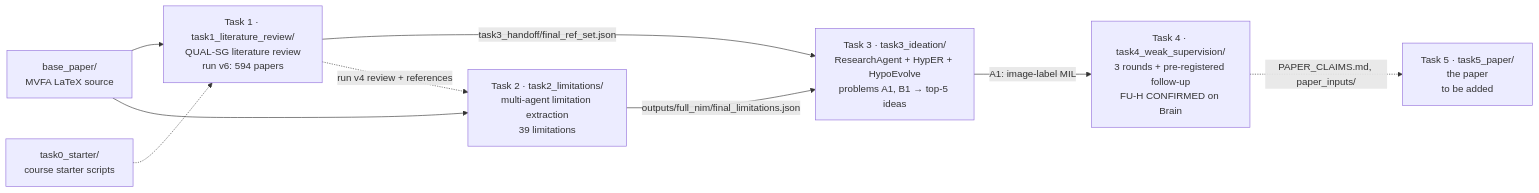
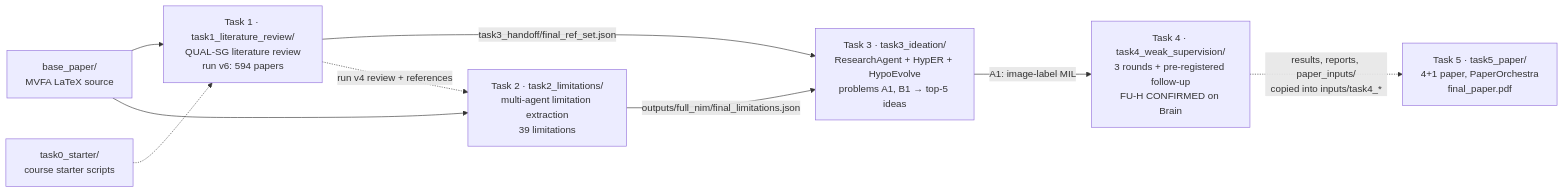
The diagram in README.md (Divyam10113/Intro-to-LLMs), drawn with Mermaid before and after one commit. The commit also changed other lines of this file and 10 other files, not shown here.

````diff
--- a/README.md
+++ b/README.md
@@ -7,12 +7,12 @@
 ```mermaid
 flowchart LR
     BP[base_paper/<br/>MVFA LaTeX source] --> T1
     BP --> T2
     T0[task0_starter/<br/>course starter scripts] -.-> T1
     T1[Task 1 · task1_literature_review/<br/>QUAL-SG literature review<br/>run v6: 594 papers] -->|task3_handoff/final_ref_set.json| T3
     T1 -.->|run v4 review + references| T2
     T2[Task 2 · task2_limitations/<br/>multi-agent limitation extraction<br/>39 limitations] -->|outputs/full_nim/final_limitations.json| T3
     T3[Task 3 · task3_ideation/<br/>ResearchAgent + HypER + HypoEvolve<br/>problems A1, B1 → top-5 ideas] -->|A1: image-label MIL| T4
-    T4[Task 4 · task4_weak_supervision/<br/>3 rounds + pre-registered follow-up<br/>FU-H CONFIRMED on Brain] -.->|PAPER_CLAIMS.md, paper_inputs/| T5
-    T5[Task 5 · task5_paper/<br/>the paper<br/>to be added]
+    T4[Task 4 · task4_weak_supervision/<br/>3 rounds + pre-registered follow-up<br/>FU-H CONFIRMED on Brain] -.->|results, reports, paper_inputs/<br/>copied into inputs/task4_*| T5
+    T5[Task 5 · task5_paper/<br/>4+1 paper, PaperOrchestra<br/>final_paper.pdf]
 ```
````
